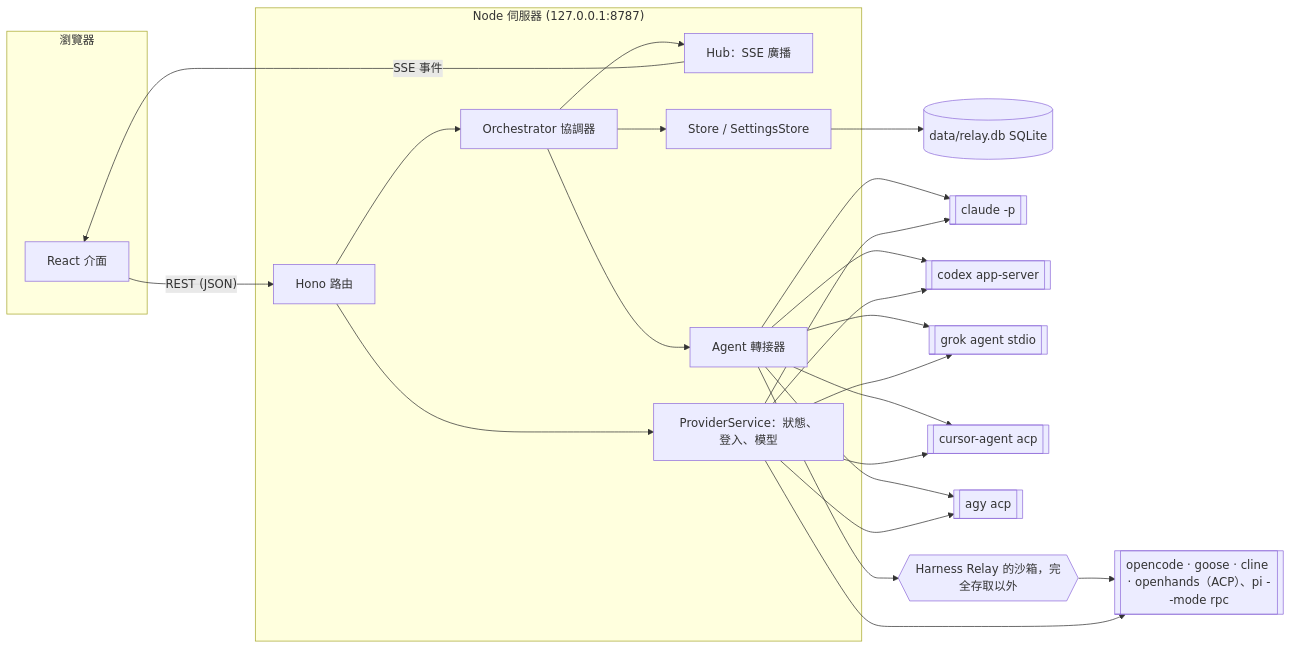
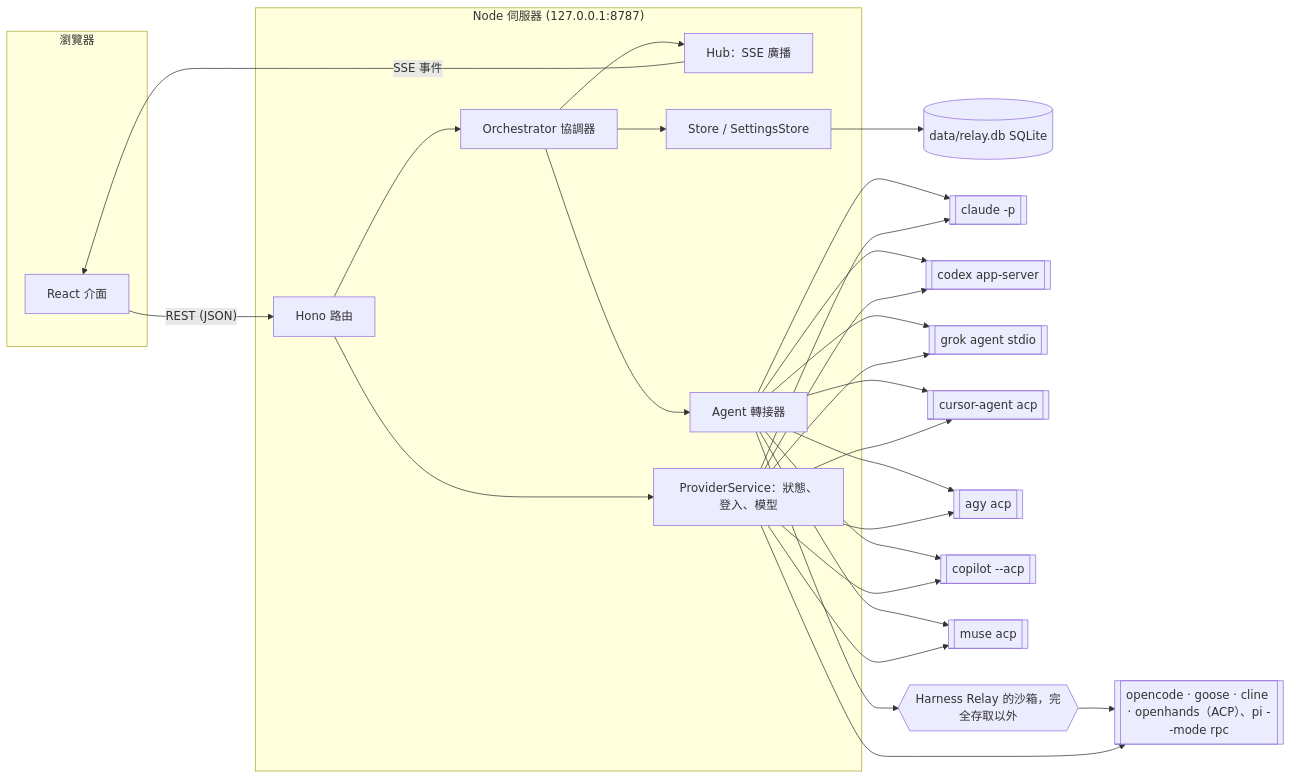
The first of 2 diagrams in docs/architecture.zh-TW.md (Agentic-System-Lab/harness-relay), drawn with Mermaid before and after one commit. The commit also changed other lines of this file and 140 other files, not shown here.

First line of the commit message:
Add GitHub Copilot CLI and Muse Code as coding agents, each in its own sandbox (#36)

````diff
--- a/docs/architecture.zh-TW.md
+++ b/docs/architecture.zh-TW.md
@@ -12,34 +12,36 @@
 ```mermaid
 flowchart LR
   subgraph Browser["瀏覽器"]
     UI[React 介面]
   end
   subgraph Server["Node 伺服器 (127.0.0.1:8787)"]
     API[Hono 路由]
     ORCH[Orchestrator 協調器]
     HUB[Hub：SSE 廣播]
     STORE[Store / SettingsStore]
     PROV[ProviderService：狀態、登入、模型]
     RUN[Agent 轉接器]
   end
   DB[(data/relay.db SQLite)]
   CLAUDE[[claude -p]]
   CODEX[[codex app-server]]
   GROK[[grok agent stdio]]
   CURSOR[[cursor-agent acp]]
   AGY[[agy acp]]
+  COPILOT[[copilot --acp]]
+  MUSE[[muse acp]]
   SBX{{Harness Relay 的沙箱，完全存取以外}}
   OPEN[["opencode · goose · cline · openhands（ACP）、pi --mode rpc"]]
 
   UI -- REST (JSON) --> API
   HUB -- SSE 事件 --> UI
   API --> ORCH
   API --> PROV
   ORCH --> RUN
   ORCH --> HUB
   ORCH --> STORE
   STORE --> DB
-  RUN --> CLAUDE & CODEX & GROK & CURSOR & AGY
+  RUN --> CLAUDE & CODEX & GROK & CURSOR & AGY & COPILOT & MUSE
   RUN --> SBX --> OPEN
-  PROV --> CLAUDE & CODEX & GROK & CURSOR & AGY & OPEN
+  PROV --> CLAUDE & CODEX & GROK & CURSOR & AGY & COPILOT & MUSE & OPEN
 ```
````
